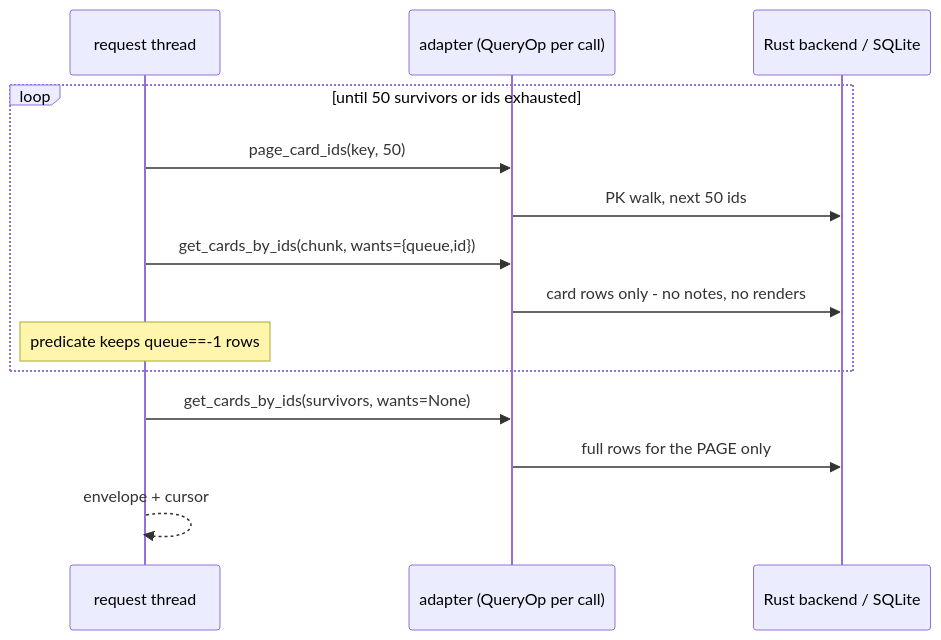
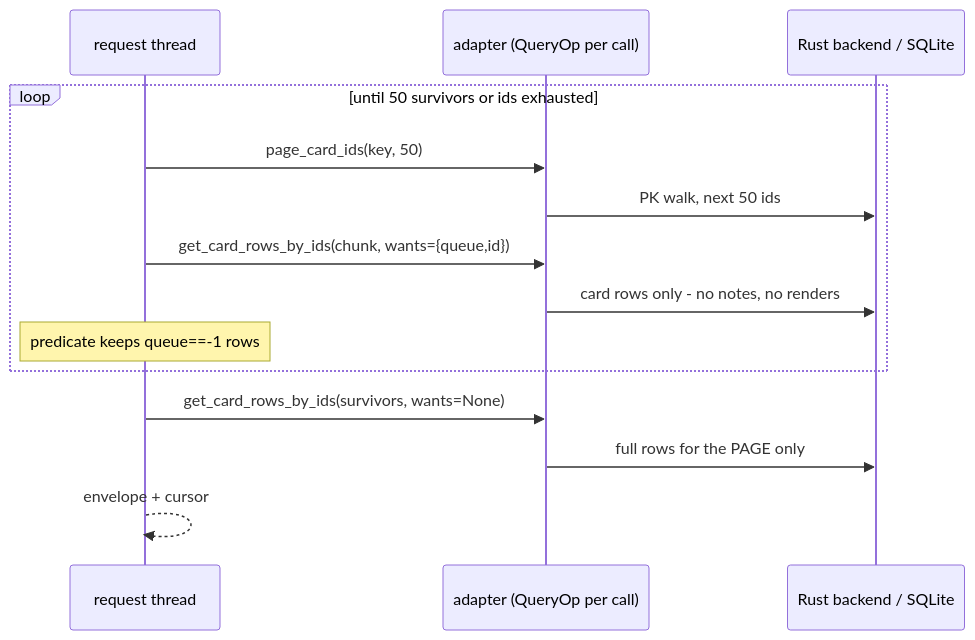
One commit to mcgrizzz/Tsunagi changed the diagram in docs/dataflow/get_cards_filtered.md. Above: the diagram before and after it, drawn with Mermaid. The commit also changed other lines of this file and 8 other files, not shown here.

````diff
--- a/docs/dataflow/get_cards_filtered.md
+++ b/docs/dataflow/get_cards_filtered.md
@@ -39,17 +58,17 @@
 ```mermaid
 sequenceDiagram
   participant U as request thread
   participant A as adapter (QueryOp per call)
   participant R as Rust backend / SQLite
 
   loop until 50 survivors or ids exhausted
     U->>A: page_card_ids(key, 50)
     A->>R: PK walk, next 50 ids
-    U->>A: get_cards_by_ids(chunk, wants={queue,id})
+    U->>A: get_card_rows_by_ids(chunk, wants={queue,id})
     A->>R: card rows only - no notes, no renders
     Note over U: predicate keeps queue==-1 rows
   end
-  U->>A: get_cards_by_ids(survivors, wants=None)
+  U->>A: get_card_rows_by_ids(survivors, wants=None)
   A->>R: full rows for the PAGE only
   U-->>U: envelope + cursor
 ```
````
